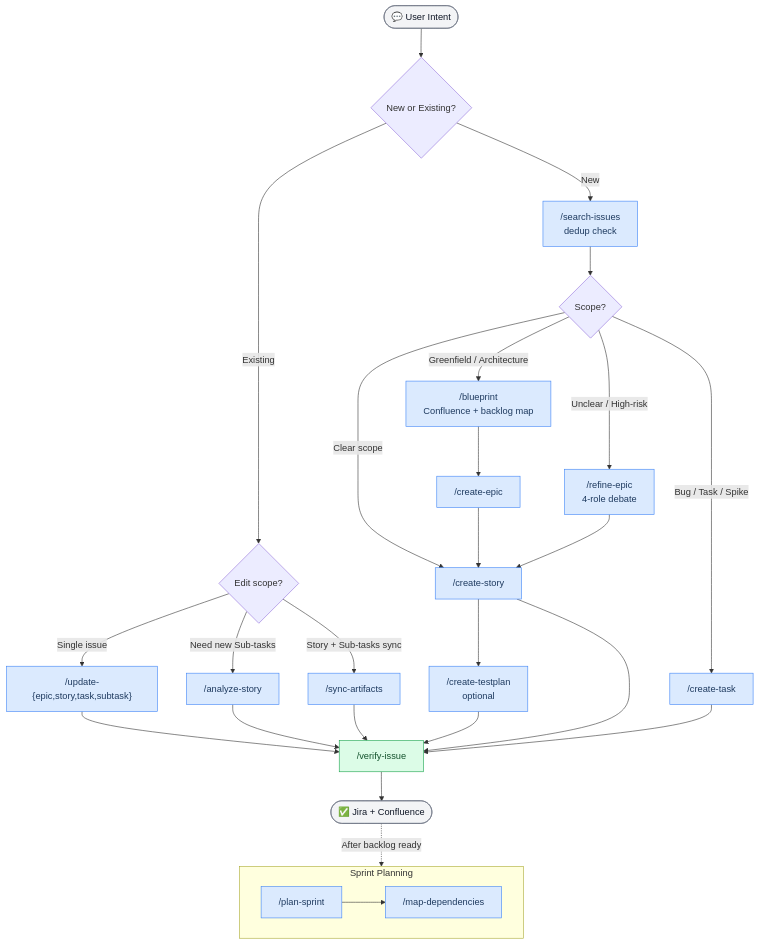
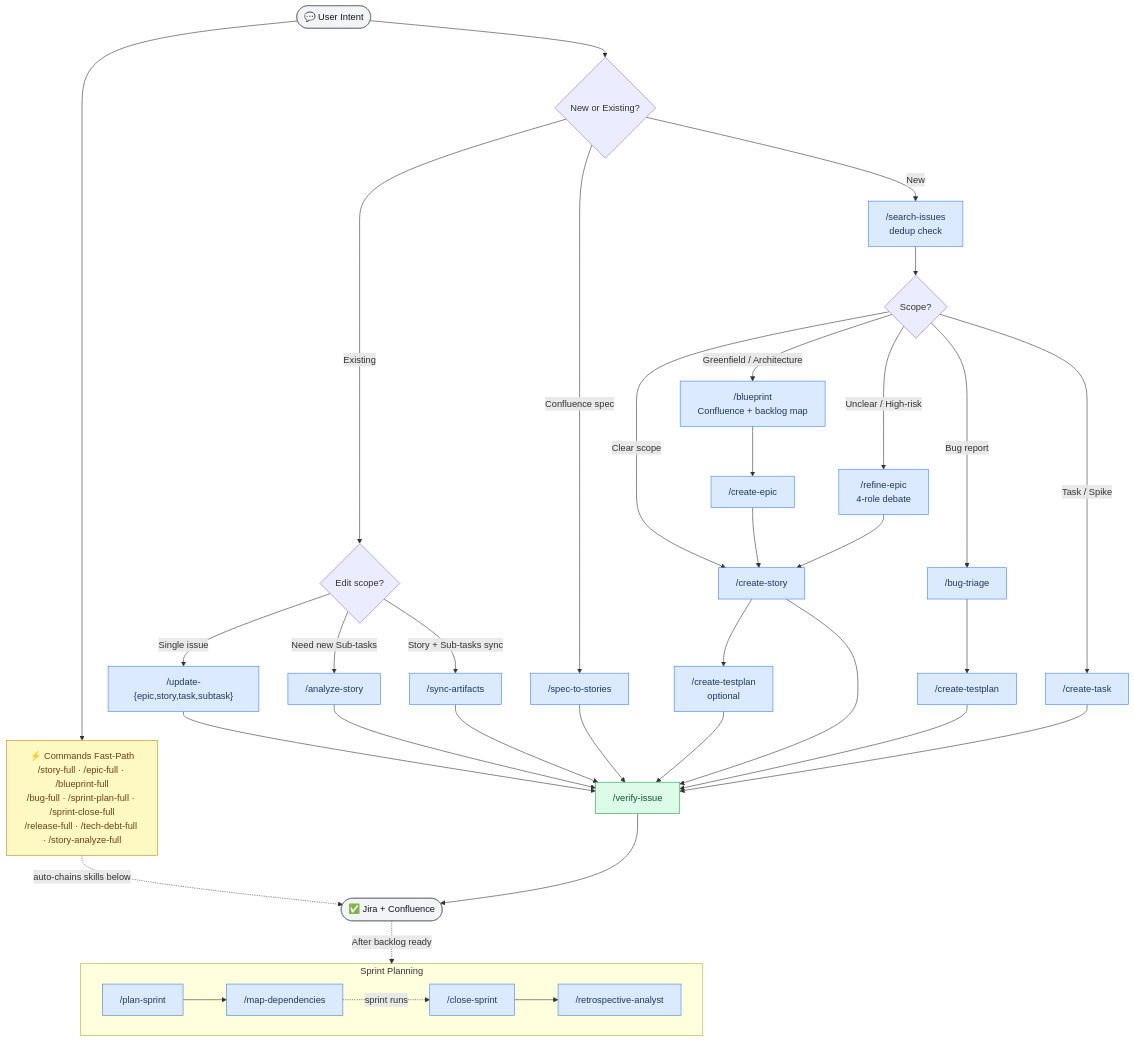
Before and after one commit to wasikarn/atlassian-pm: the diagram in README.md, drawn with Mermaid. The commit also changed other lines of this file, not shown here.

Commit message:
docs: update workflow diagram and one-liner to reflect current architecture
- Add Commands fast-path node (yellow) showing 9 orchestration chains
- Add spec-to-stories path (Confluence spec → bulk story creation)
- Split bug path: /bug-triage → /create-testplan (was merged into /create-task)
- Expand sprint subgraph: close-sprint → retrospective-analyst after sprint runs
- Update one-liner to show Commands fast-path alongside individual skills
- Add cmd classDef for visual distinction of Commands node

````diff
--- a/README.md
+++ b/README.md
@@ -40,41 +41,50 @@
 ```mermaid
 flowchart TD
-    A([💬 User Intent]) --> B{New or Existing?}
+    A([💬 User Intent]) --> CMD["⚡ Commands Fast-Path\n/story-full · /epic-full · /blueprint-full\n/bug-full · /sprint-plan-full · /sprint-close-full\n/release-full · /tech-debt-full · /story-analyze-full"]
+    A --> B{New or Existing?}
+    CMD -.->|"auto-chains skills below"| M
 
     B -->|New| C["/search-issues\ndedup check"]
     B -->|Existing| D{Edit scope?}
+    B -->|"Confluence spec"| SS["/spec-to-stories"]
 
     D -->|Single issue| E["/update-{epic,story,task,subtask}"]
     D -->|Need new Sub-tasks| AS["/analyze-story"]
     D -->|Story + Sub-tasks sync| F["/sync-artifacts"]
 
     E --> V["/verify-issue"]
     AS --> V
     F --> V
+    SS --> V
 
     C --> G{Scope?}
     G -->|"Greenfield / Architecture"| H["/blueprint\nConfluence + backlog map"]
     G -->|"Unclear / High-risk"| I["/refine-epic\n4-role debate"]
     G -->|"Clear scope"| K["/create-story"]
-    G -->|"Bug / Task / Spike"| T["/create-task"]
+    G -->|"Bug report"| BT["/bug-triage"]
+    G -->|"Task / Spike"| T["/create-task"]
 
     H --> J["/create-epic"] --> K
     I --> K
     K --> L["/create-testplan\noptional"] --> V
     K --> V
+    BT --> TP["/create-testplan"] --> V
     T --> V
     V --> M([✅ Jira + Confluence])
 
     subgraph sprint["Sprint Planning"]
         direction LR
         N["/plan-sprint"] --> O["/map-dependencies"]
+        O -.->|"sprint runs"| Q["/close-sprint"] --> R["/retrospective-analyst"]
     end
     M -.->|"After backlog ready"| sprint
 
     classDef skill fill:#dbeafe,stroke:#3b82f6,color:#1e3a5f
     classDef gate fill:#dcfce7,stroke:#16a34a,color:#14532d
     classDef endpoint fill:#f3f4f6,stroke:#6b7280,color:#111827
-    class C,E,F,AS,H,I,J,K,L,N,O,T skill
+    classDef cmd fill:#fef9c3,stroke:#ca8a04,color:#713f12
+    class C,E,F,AS,H,I,J,K,L,N,O,T,BT,TP,Q,R,SS skill
     class V gate
     class A,M endpoint
+    class CMD cmd
 ```
````
